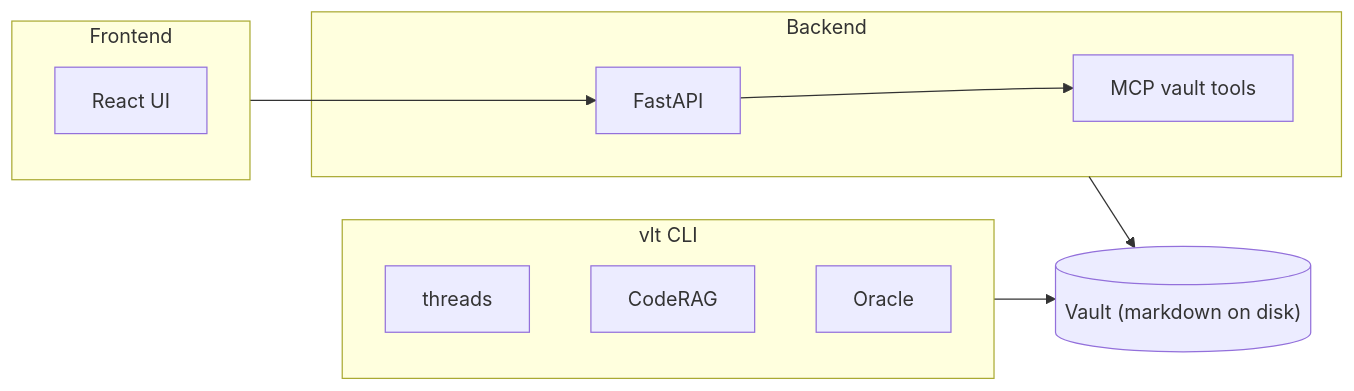
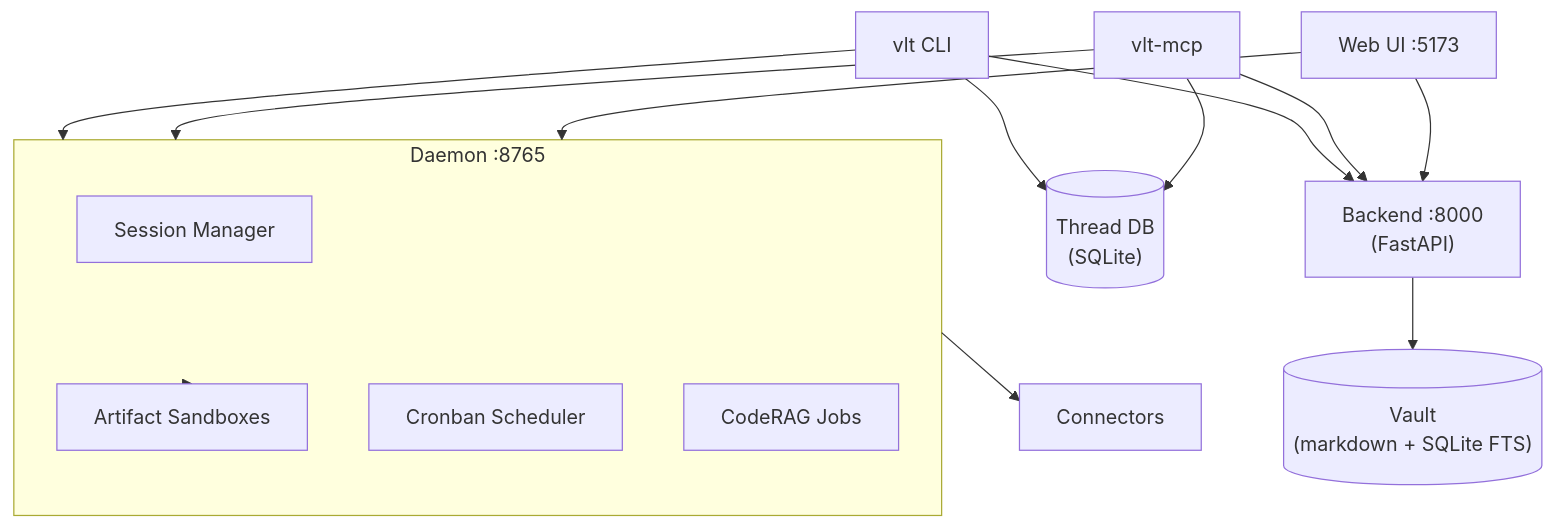
The diagram in README.md (NoSaaS-me/Vlt-Bridge), drawn with Mermaid before and after one commit. The commit also changed other lines of this file, not shown here.

````diff
--- a/README.md
+++ b/README.md
@@ -20,20 +57,30 @@
 ```mermaid
-flowchart LR
-  subgraph CLI ["vlt CLI"]
-    threads[threads]
-    coderag[CodeRAG]
-    oracle[Oracle]
+flowchart TB
+  CLI[vlt CLI]
+  MCP[vlt-mcp]
+  WebUI[Web UI :5173]
+
+  subgraph Daemon ["Daemon :8765"]
+    Sessions[Session Manager]
+    Artifacts[Artifact Sandboxes]
+    Cronban[Cronban Scheduler]
+    CRAGd[CodeRAG Jobs]
   end
-  subgraph Backend ["Backend"]
-    FastAPI[FastAPI]
-    MCP[MCP vault tools]
-  end
-  subgraph Frontend ["Frontend"]
-    React[React UI]
-  end
-  Vault[("Vault (markdown on disk)")]
-  CLI --> Vault
+
+  Backend["Backend :8000\n(FastAPI)"]
+  Connectors[Connectors]
+  Vault[("Vault\n(markdown + SQLite FTS)")]
+  ThreadDB[("Thread DB\n(SQLite)")]
+
+  CLI --> ThreadDB
+  CLI --> Daemon
+  CLI --> Backend
+  MCP --> ThreadDB
+  MCP --> Daemon
+  MCP --> Backend
+  WebUI --> Backend
+  WebUI --> Daemon
   Backend --> Vault
-  Frontend --> FastAPI
-  FastAPI --> MCP
+  Daemon --> Connectors
+  Daemon --> Artifacts
 ```
````
